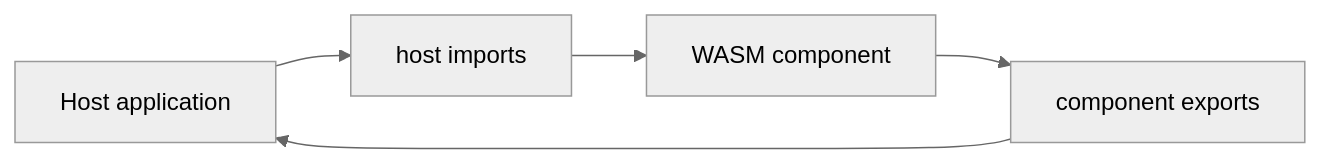
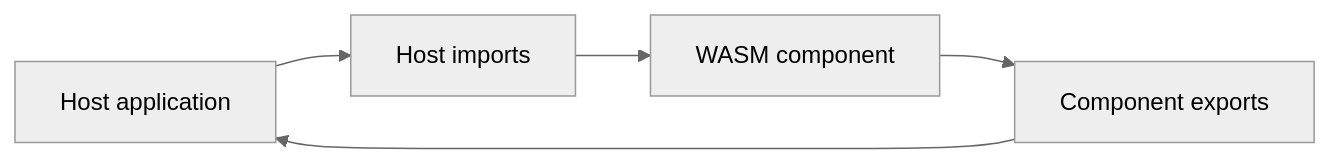
One commit to tsfarizi/antikhitera-mcp-client changed the first of 2 diagrams in documentation/COMPONENT.md. Above: the diagram before and after it, drawn with Mermaid (neutral theme). The commit also changed other lines of this file and 10 other files, not shown here.

````diff
--- a/documentation/COMPONENT.md
+++ b/documentation/COMPONENT.md
@@ -7,7 +11,7 @@
 ```mermaid
 flowchart LR
-    HOST[Host application] --> IMPORTS[host imports]
-    IMPORTS --> WASM[WASM component]
-    WASM --> EXPORTS[component exports]
+    HOST[Host application] --> IMPORTS[Host imports]
+    IMPORTS --> COMPONENT[WASM component]
+    COMPONENT --> EXPORTS[Component exports]
     EXPORTS --> HOST
 ```
````
